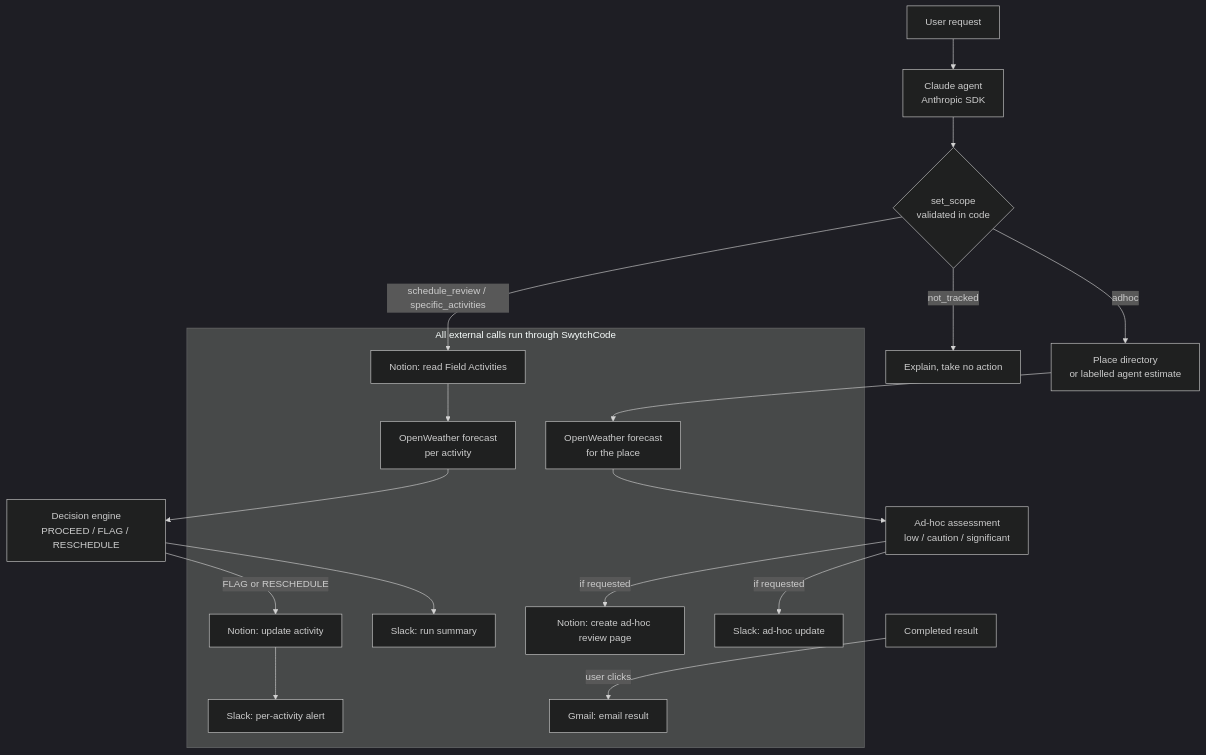
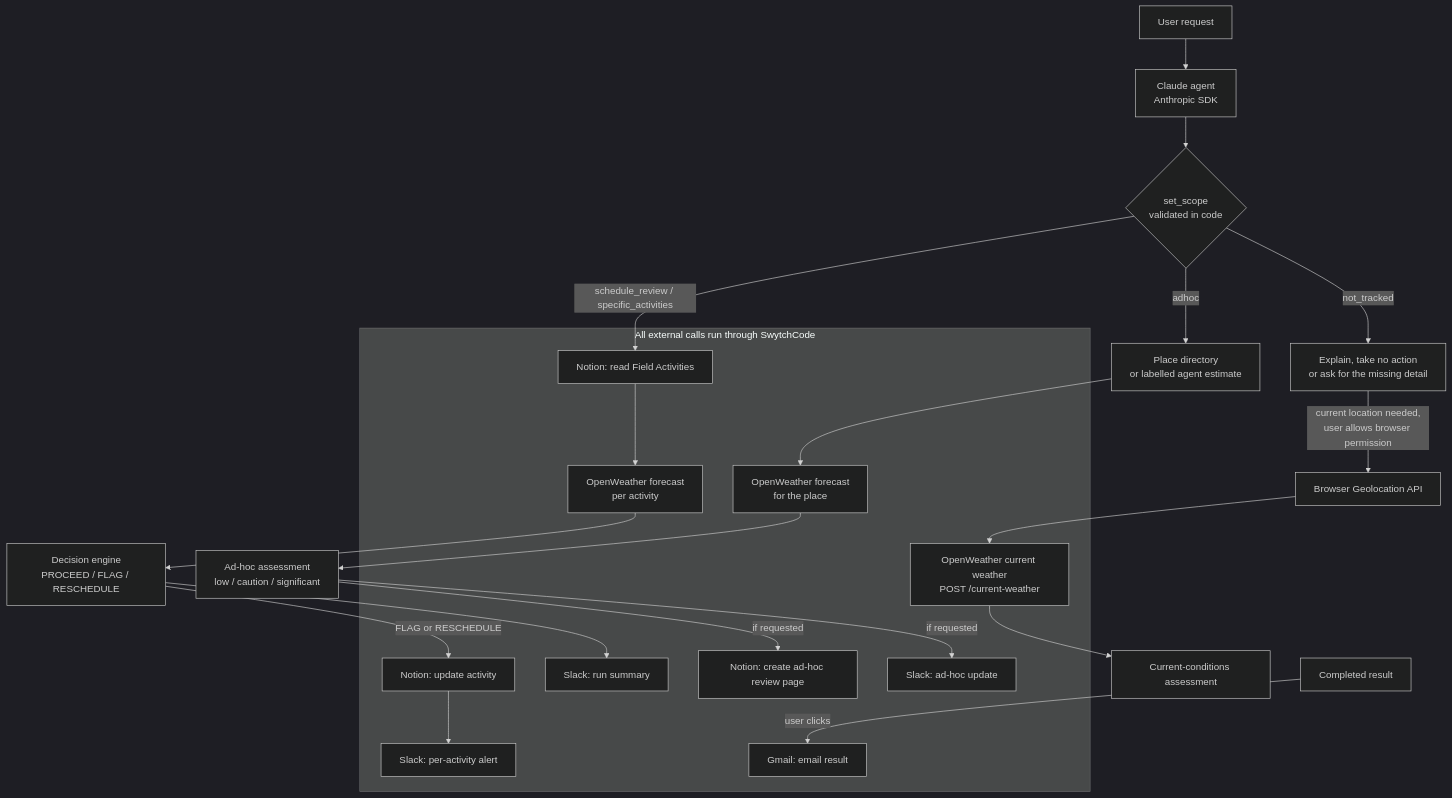
Before and after one commit to tymepas/FieldFlow-AI: the diagram in README.md, drawn with Mermaid (dark theme). The commit also changed other lines of this file and 15 other files, not shown here.

First line of the commit message:
feat: current-location weather and clearer incomplete-request results

````diff
--- a/README.md
+++ b/README.md
@@ -73,30 +88,34 @@
 ```mermaid
 flowchart TD
     U[User request] --> A[Claude agent<br/>Anthropic SDK]
     A --> S{set_scope<br/>validated in code}
     S -->|schedule_review / specific_activities| T1[Notion: read Field Activities]
     T1 --> T2[OpenWeather forecast<br/>per activity]
     T2 --> T3[Decision engine<br/>PROCEED / FLAG / RESCHEDULE]
     T3 -->|FLAG or RESCHEDULE| T4[Notion: update activity]
     T4 --> T5[Slack: per-activity alert]
     T3 --> T6[Slack: run summary]
     S -->|adhoc| H1[Place directory<br/>or labelled agent estimate]
     H1 --> H2[OpenWeather forecast<br/>for the place]
     H2 --> H3[Ad-hoc assessment<br/>low / caution / significant]
     H3 -->|if requested| H4[Notion: create ad-hoc review page]
     H3 -->|if requested| H5[Slack: ad-hoc update]
-    S -->|not_tracked| N[Explain, take no action]
+    S -->|not_tracked| N[Explain, take no action<br/>or ask for the missing detail]
+    N -->|current location needed,<br/>user allows browser permission| B[Browser Geolocation API]
+    B --> C1[OpenWeather current weather<br/>POST /current-weather]
+    C1 --> C2[Current-conditions assessment]
     R[Completed result] -->|user clicks| G[Gmail: email result]
 
     subgraph SwytchCode[All external calls run through SwytchCode]
       T1
       T2
       T4
       T5
       T6
       H2
       H4
       H5
+      C1
       G
     end
 ```
````
